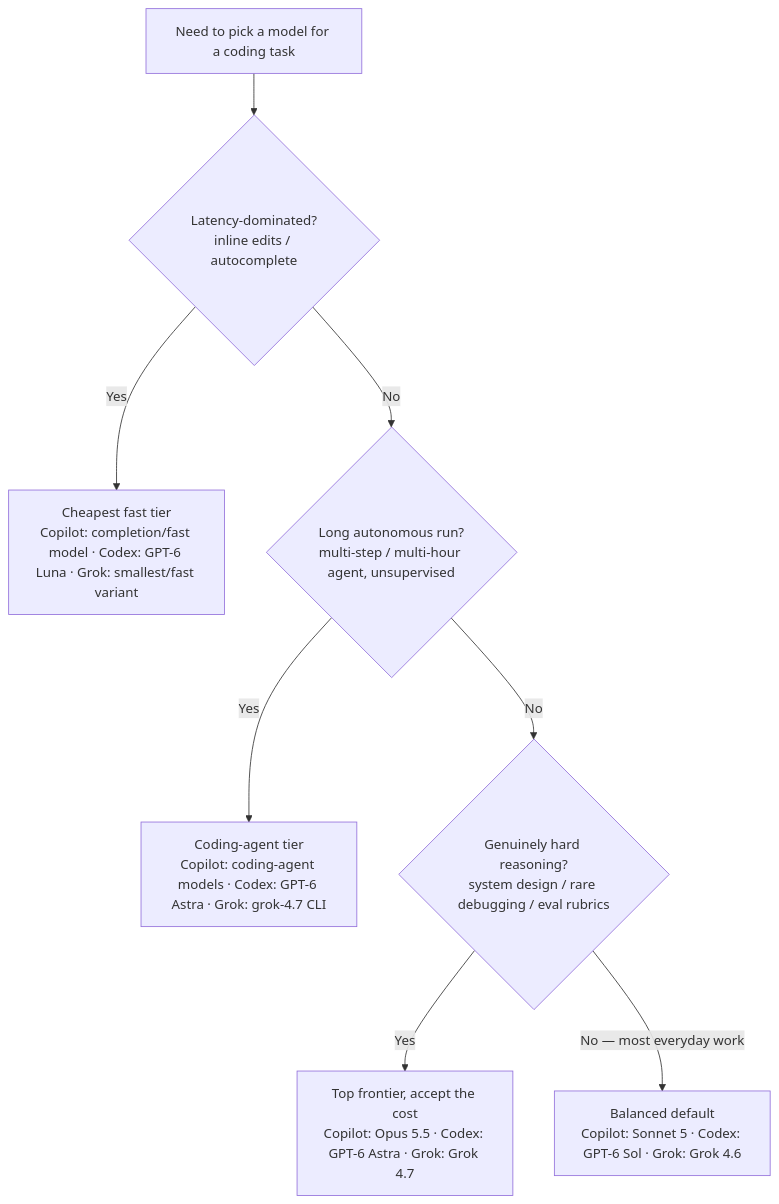
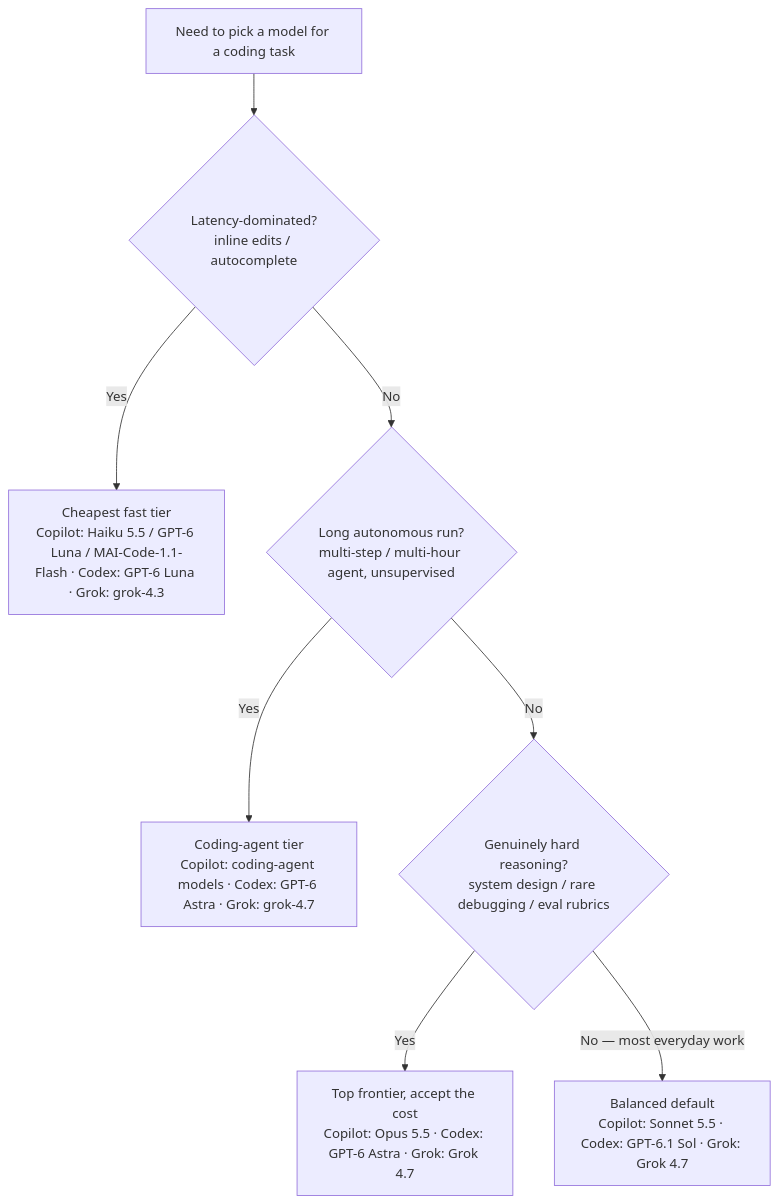
One commit to mcorbett51090/RavenClaude changed the first of 2 diagrams in plugins/ai-coding-model-guidance/knowledge/cross-tool-model-lineup-2026.md. Above: the diagram before and after it, drawn with Mermaid. The commit also changed other lines of this file and 9 other files, not shown here.

First line of the commit message:
fix(model-guidance): re-verify the coding-agent lineup (#1451)

````diff
--- a/plugins/ai-coding-model-guidance/knowledge/cross-tool-model-lineup-2026.md
+++ b/plugins/ai-coding-model-guidance/knowledge/cross-tool-model-lineup-2026.md
@@ -25,10 +27,10 @@
 ```mermaid
 flowchart TD
     A[Need to pick a model for a coding task] --> Q1{Latency-dominated?<br/>inline edits / autocomplete}
-    Q1 -->|Yes| FAST[Cheapest fast tier<br/>Copilot: completion/fast model · Codex: GPT-6 Luna · Grok: smallest/fast variant]
+    Q1 -->|Yes| FAST[Cheapest fast tier<br/>Copilot: Haiku 5.5 / GPT-6 Luna / MAI-Code-1.1-Flash · Codex: GPT-6 Luna · Grok: grok-4.3]
     Q1 -->|No| Q2{Long autonomous run?<br/>multi-step / multi-hour agent, unsupervised}
-    Q2 -->|Yes| AGENT[Coding-agent tier<br/>Copilot: coding-agent models · Codex: GPT-6 Astra · Grok: grok-4.7 CLI]
+    Q2 -->|Yes| AGENT[Coding-agent tier<br/>Copilot: coding-agent models · Codex: GPT-6 Astra · Grok: grok-4.7]
     Q2 -->|No| Q3{Genuinely hard reasoning?<br/>system design / rare debugging / eval rubrics}
     Q3 -->|Yes| TOP[Top frontier, accept the cost<br/>Copilot: Opus 5.5 · Codex: GPT-6 Astra · Grok: Grok 4.7]
-    Q3 -->|No — most everyday work| MID[Balanced default<br/>Copilot: Sonnet 5 · Codex: GPT-6 Sol · Grok: Grok 4.6]
+    Q3 -->|No — most everyday work| MID[Balanced default<br/>Copilot: Sonnet 5.5 · Codex: GPT-6.1 Sol · Grok: Grok 4.7]
 ```
````
